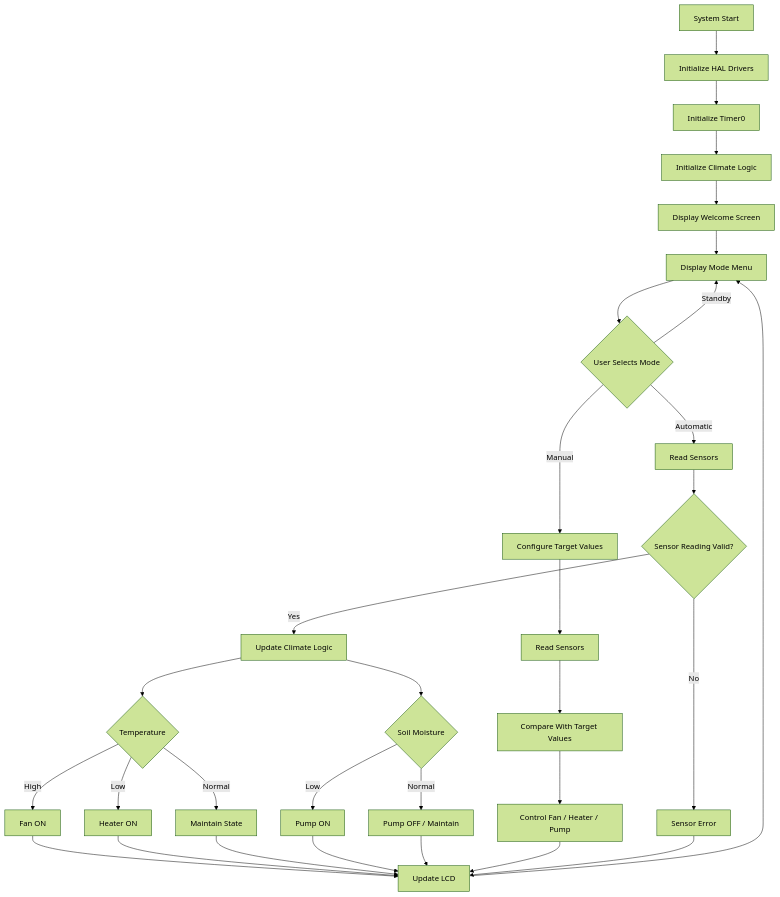
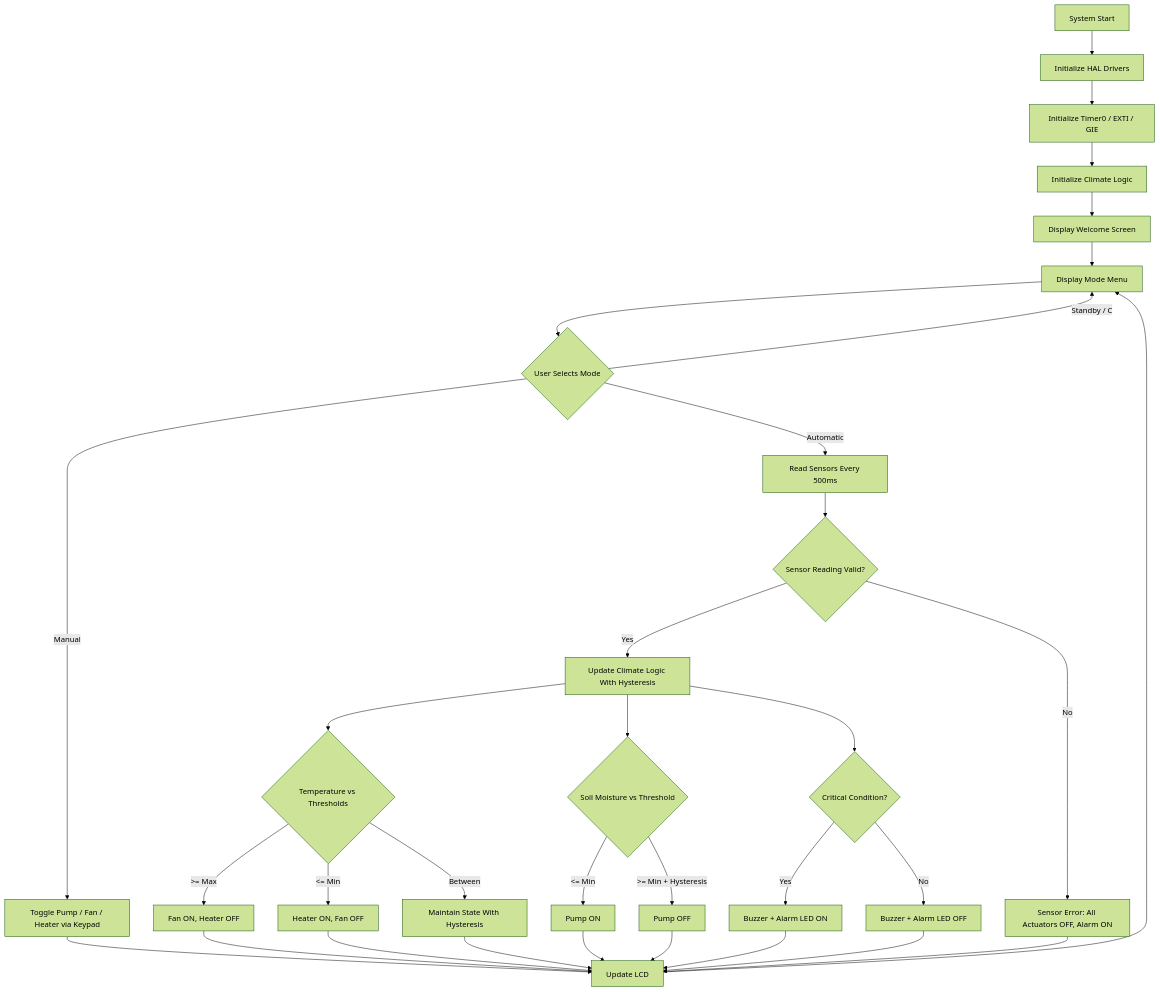
Before and after one commit to SAMAarafa20/Greenhouse-climate-control-system-: the diagram in README.md, drawn with Mermaid (forest theme). The commit also changed other lines of this file, not shown here.

````diff
--- a/README.md
+++ b/README.md
@@ -270,41 +279,43 @@
 ```mermaid
 flowchart TD
     A[System Start] --> B[Initialize HAL Drivers]
-    B --> C[Initialize Timer0]
+    B --> C[Initialize Timer0 / EXTI / GIE]
     C --> D[Initialize Climate Logic]
     D --> E[Display Welcome Screen]
     E --> F[Display Mode Menu]
-
+ 
     F --> G{User Selects Mode}
-
-    G -->|Automatic| H[Read Sensors]
-    G -->|Manual| I[Configure Target Values]
-    G -->|Standby| F
-
+ 
+    G -->|Automatic| H[Read Sensors Every 500ms]
+    G -->|Manual| I[Toggle Pump / Fan / Heater via Keypad]
+    G -->|Standby / C| F
+ 
     H --> J{Sensor Reading Valid?}
-    J -->|No| K[Sensor Error]
-    J -->|Yes| L[Update Climate Logic]
-
-    L --> M{Temperature}
-    M -->|High| N[Fan ON]
-    M -->|Low| O[Heater ON]
-    M -->|Normal| P[Maintain State]
-
-    L --> Q{Soil Moisture}
-    Q -->|Low| R[Pump ON]
-    Q -->|Normal| S[Pump OFF / Maintain]
-
-    I --> T[Read Sensors]
-    T --> U[Compare With Target Values]
-    U --> V[Control Fan / Heater / Pump]
-
-    N --> W[Update LCD]
+    J -->|No| K[Sensor Error: All Actuators OFF, Alarm ON]
+    J -->|Yes| L[Update Climate Logic With Hysteresis]
+ 
+    L --> M{Temperature vs Thresholds}
+    M -->|>= Max| N[Fan ON, Heater OFF]
+    M -->|<= Min| O[Heater ON, Fan OFF]
+    M -->|Between| P[Maintain State With Hysteresis]
+ 
+    L --> Q{Soil Moisture vs Threshold}
+    Q -->|<= Min| R[Pump ON]
+    Q -->|>= Min + Hysteresis| S[Pump OFF]
+ 
+    L --> X{Critical Condition?}
+    X -->|Yes| Y[Buzzer + Alarm LED ON]
+    X -->|No| Z[Buzzer + Alarm LED OFF]
+ 
+    I --> W[Update LCD]
+    N --> W
     O --> W
     P --> W
     R --> W
     S --> W
-    V --> W
+    Y --> W
+    Z --> W
     K --> W
-
+ 
     W --> F
 ```
````
